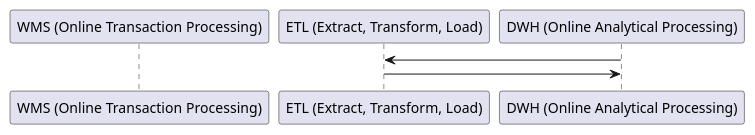
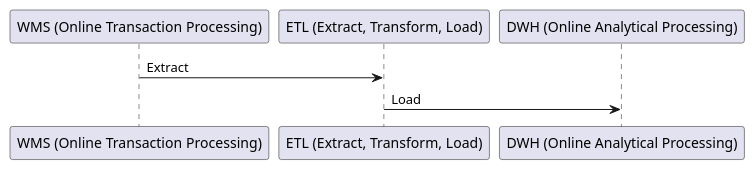
The second of 2 diagrams in Sequenzdiagramm.puml (blro-ep/ITCNE23-SEM-III), drawn with PlantUML before and after one commit.

Commit message:
Update plantuml

```diff
--- a/Sequenzdiagramm.puml
+++ b/Sequenzdiagramm.puml
@@ -16,8 +16,8 @@
 @startuml oltp_to_olap
 participant "WMS (Online Transaction Processing)" as WMS
 participant "ETL (Extract, Transform, Load)" as ETL
-participant "DWH (Online Analytical Processing)" as OLAP
+participant "DWH (Online Analytical Processing)" as DWH
 
-OLAP -> ETL: 
-ETL -> OLAP:
+WMS -> ETL: Extract
+ETL -> DWH: Load
 @enduml
```
